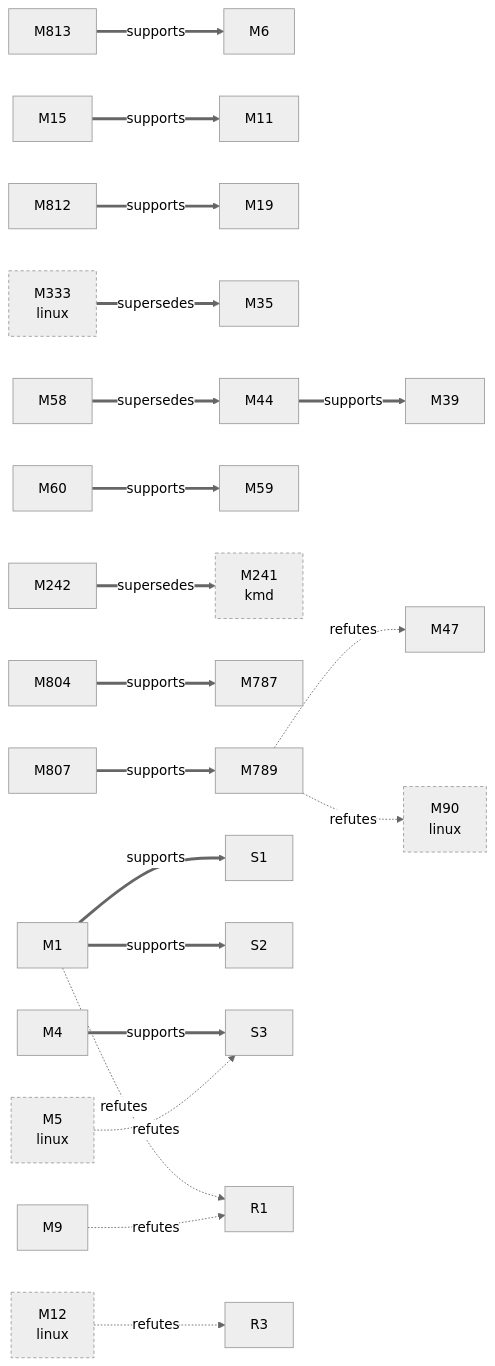
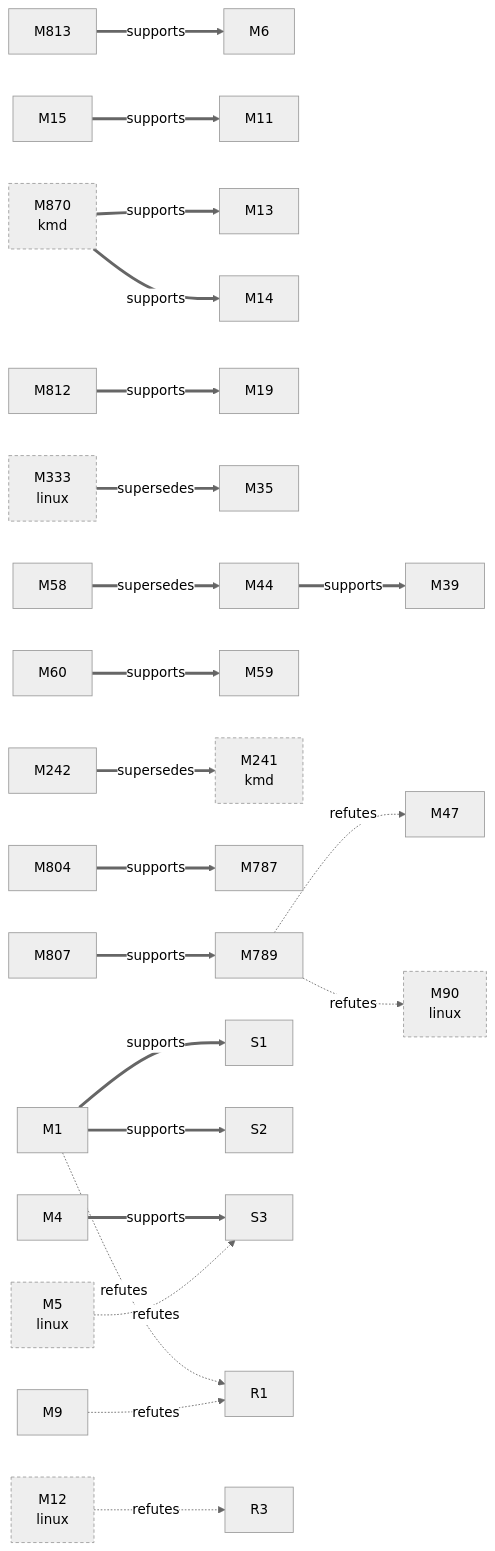
One commit to D-Ogi/amdgpu-wddm changed the first of 3 diagrams in docs/facts/graphs/hardware.md. Above: the diagram before and after it, drawn with Mermaid (neutral theme). The commit also changed 9 other files, not shown here.

````diff
--- a/docs/facts/graphs/hardware.md
+++ b/docs/facts/graphs/hardware.md
@@ -9,55 +9,60 @@
 ```mermaid
 flowchart LR
   M1["M1"]
   M4["M4"]
   M5["M5<br/>linux"]
   M6["M6"]
   M9["M9"]
   M11["M11"]
   M12["M12<br/>linux"]
+  M13["M13"]
+  M14["M14"]
   M15["M15"]
   M19["M19"]
   M35["M35"]
   M39["M39"]
   M44["M44"]
   M47["M47"]
   M58["M58"]
   M59["M59"]
   M60["M60"]
   M90["M90<br/>linux"]
   M241["M241<br/>kmd"]
   M242["M242"]
   M333["M333<br/>linux"]
   M787["M787"]
   M789["M789"]
   M804["M804"]
   M807["M807"]
   M812["M812"]
   M813["M813"]
+  M870["M870<br/>kmd"]
   S1["S1"]
   S2["S2"]
   S3["S3"]
   R1["R1"]
   R3["R3"]
   M1 ==>|supports| S1
   M1 ==>|supports| S2
   M1 -.->|refutes| R1
   M4 ==>|supports| S3
   M9 -.->|refutes| R1
   M15 ==>|supports| M11
   M44 ==>|supports| M39
   M58 ==>|supersedes| M44
   M60 ==>|supports| M59
   M242 ==>|supersedes| M241
   M789 -.->|refutes| M47
   M789 -.->|refutes| M90
   M804 ==>|supports| M787
   M807 ==>|supports| M789
   M812 ==>|supports| M19
   M813 ==>|supports| M6
+  M870 ==>|supports| M13
+  M870 ==>|supports| M14
   M5 -.->|refutes| S3
   M12 -.->|refutes| R3
   M333 ==>|supersedes| M35
   classDef other stroke-dasharray:4 3
-  class M5,M12,M90,M241,M333 other
+  class M5,M12,M90,M241,M333,M870 other
 ```
````
